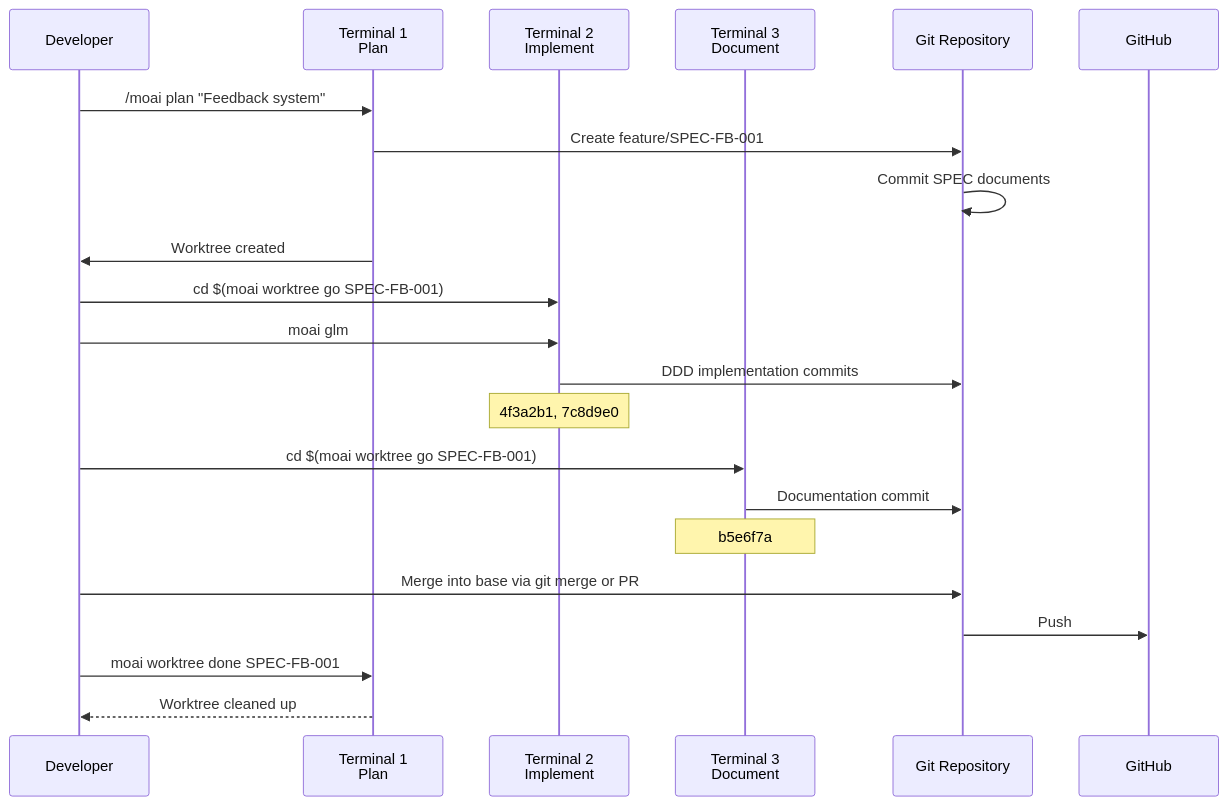
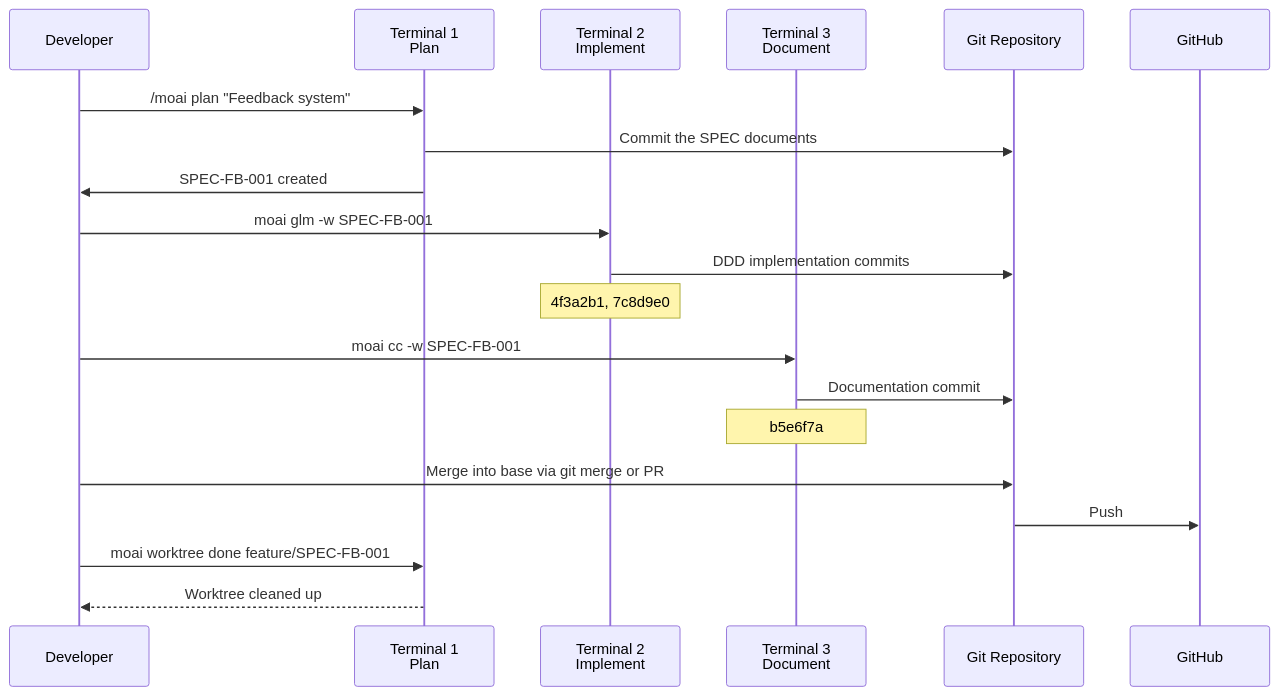
Before and after one commit to gabrielmoreira/agent-skills-mirror: the fourth of 4 diagrams in mirrors/repos/modu-ai@moai-adk/docs-site/content/en/worktree/examples.md, drawn with Mermaid. The commit also changed other lines of this file and 1426 other files, not shown here.

````diff
--- a/mirrors/repos/modu-ai@moai-adk/docs-site/content/en/worktree/examples.md
+++ b/mirrors/repos/modu-ai@moai-adk/docs-site/content/en/worktree/examples.md
@@ -464,28 +423,26 @@
 ```mermaid
 sequenceDiagram
     participant Dev as Developer
     participant T1 as Terminal 1<br/>Plan
     participant T2 as Terminal 2<br/>Implement
     participant T3 as Terminal 3<br/>Document
     participant Git as Git Repository
     participant Remote as GitHub
 
     Dev->>T1: /moai plan "Feedback system"
-    T1->>Git: Create feature/SPEC-FB-001
-    Git->>Git: Commit SPEC documents
-    T1->>Dev: Worktree created
+    T1->>Git: Commit the SPEC documents
+    T1->>Dev: SPEC-FB-001 created
 
-    Dev->>T2: cd $(moai worktree go SPEC-FB-001)
-    Dev->>T2: moai glm
+    Dev->>T2: moai glm -w SPEC-FB-001
     T2->>Git: DDD implementation commits
     Note over T2: 4f3a2b1, 7c8d9e0
 
-    Dev->>T3: cd $(moai worktree go SPEC-FB-001)
+    Dev->>T3: moai cc -w SPEC-FB-001
     T3->>Git: Documentation commit
     Note over T3: b5e6f7a
 
     Dev->>Git: Merge into base via git merge or PR
     Git->>Remote: Push
-    Dev->>T1: moai worktree done SPEC-FB-001
+    Dev->>T1: moai worktree done feature/SPEC-FB-001
     T1-->>Dev: Worktree cleaned up
 ```
````
